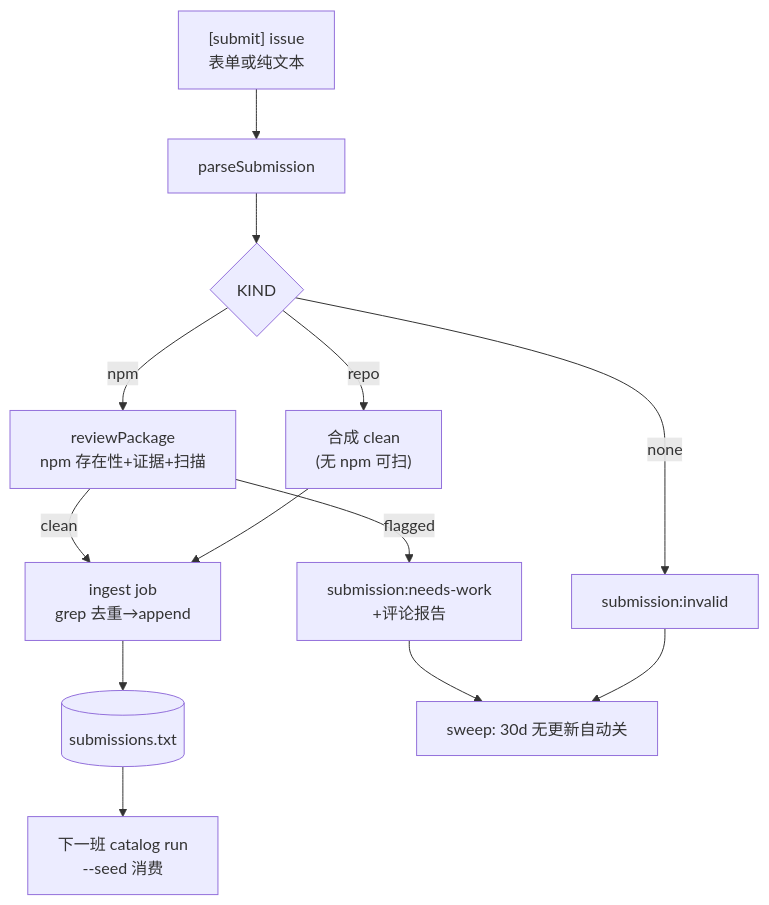
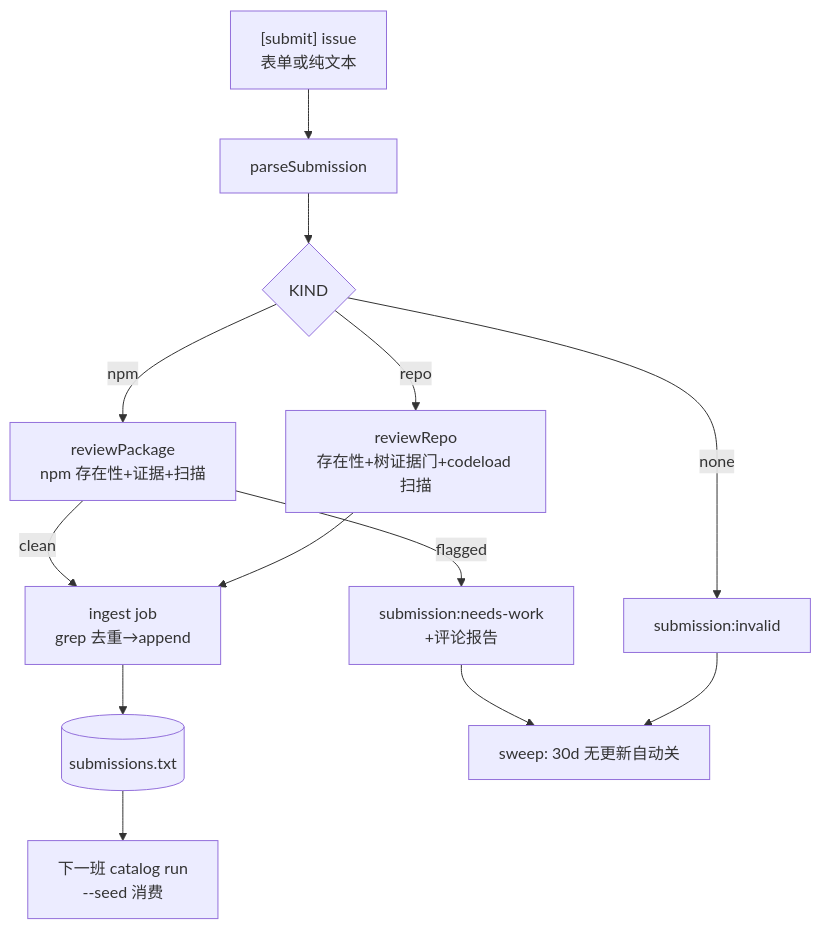
One commit to awesome-market/awesome-opencode-market changed the third of 11 diagrams in docs/DATA-FLOWS.md. Above: the diagram before and after it, drawn with Mermaid. The commit also changed other lines of this file and 7 other files, not shown here.

First line of the commit message:
feat(submit): repo submissions get real review + verdict pins reviewed version

````diff
--- a/docs/DATA-FLOWS.md
+++ b/docs/DATA-FLOWS.md
@@ -249,14 +251,14 @@
 ```mermaid
 flowchart TB
   ISS["[submit] issue<br/>表单或纯文本"] --> PA["parseSubmission"]
   PA --> K{"KIND"}
   K -->|"npm"| RV["reviewPackage<br/>npm 存在性+证据+扫描"]
-  K -->|"repo"| CL["合成 clean<br/>(无 npm 可扫)"]
+  K -->|"repo"| RR["reviewRepo<br/>存在性+树证据门+codeload 扫描"]
   K -->|"none"| INV["submission:invalid"]
   RV -->|"clean"| ING["ingest job<br/>grep 去重→append"]
-  CL --> ING
+  RR --> ING
   RV -->|"flagged"| NW["submission:needs-work<br/>+评论报告"]
   ING --> SL[("submissions.txt")]
   SL --> CAT["下一班 catalog run<br/>--seed 消费"]
   NW & INV --> SW["sweep: 30d 无更新自动关"]
 ```
````
